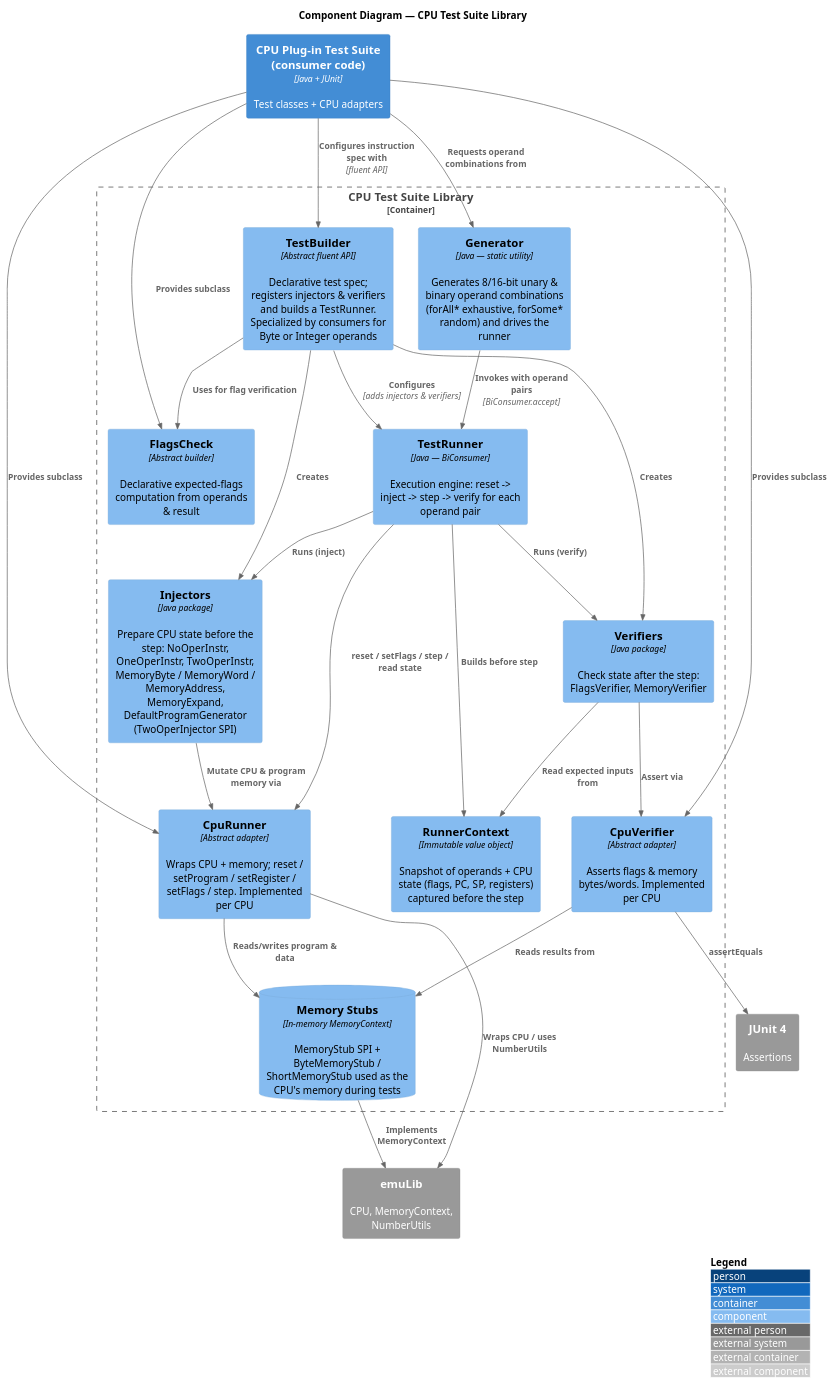
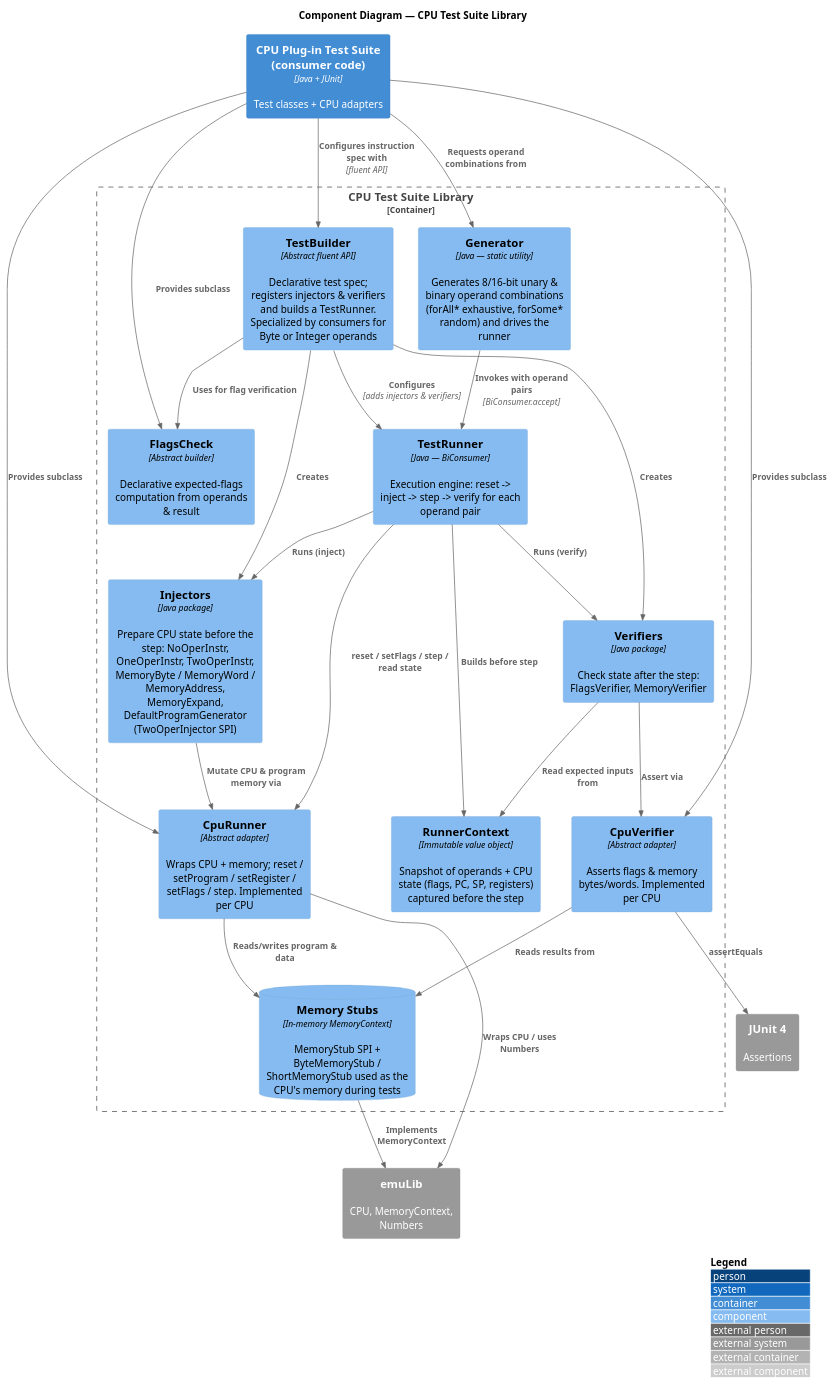
The diagram in docs/c4/03-component.adoc (emustudio/cpu-testsuite), drawn with PlantUML before and after one commit. The commit also changed 4 other files, not shown here.

Commit message:
[#472] Update Numbers utility references in CPU test documentation

```diff
--- a/docs/c4/03-component.adoc
+++ b/docs/c4/03-component.adoc
@@ -8,56 +8,56 @@
 [plantuml,c4-component,svg]
 ----
 @startuml
 !include <C4/C4_Component>
 LAYOUT_WITH_LEGEND()
 
 title Component Diagram — CPU Test Suite Library
 
 Container(tests, "CPU Plug-in Test Suite (consumer code)", "Java + JUnit", "Test classes + CPU adapters")
-System_Ext(emulib, "emuLib", "CPU, MemoryContext, NumberUtils")
+System_Ext(emulib, "emuLib", "CPU, MemoryContext, Numbers")
 System_Ext(junit, "JUnit 4", "Assertions")
 
 Container_Boundary(lib, "CPU Test Suite Library") {
 
     Component(generator, "Generator", "Java — static utility", "Generates 8/16-bit unary & binary operand combinations (forAll* exhaustive, forSome* random) and drives the runner")
     Component(builder, "TestBuilder", "Abstract fluent API", "Declarative test spec; registers injectors & verifiers and builds a TestRunner. Specialized by consumers for Byte or Integer operands")
     Component(runner, "TestRunner", "Java — BiConsumer", "Execution engine: reset -> inject -> step -> verify for each operand pair")
     Component(context, "RunnerContext", "Immutable value object", "Snapshot of operands + CPU state (flags, PC, SP, registers) captured before the step")
 
     Component(cpurunner, "CpuRunner", "Abstract adapter", "Wraps CPU + memory; reset / setProgram / setRegister / setFlags / step. Implemented per CPU")
     Component(cpuverifier, "CpuVerifier", "Abstract adapter", "Asserts flags & memory bytes/words. Implemented per CPU")
     Component(flagscheck, "FlagsCheck", "Abstract builder", "Declarative expected-flags computation from operands & result")
 
     Component(injectors, "Injectors", "Java package", "Prepare CPU state before the step: NoOperInstr, OneOperInstr, TwoOperInstr, MemoryByte / MemoryWord / MemoryAddress, MemoryExpand, DefaultProgramGenerator (TwoOperInjector SPI)")
     Component(verifiers, "Verifiers", "Java package", "Check state after the step: FlagsVerifier, MemoryVerifier")
     ComponentDb(memory, "Memory Stubs", "In-memory MemoryContext", "MemoryStub SPI + ByteMemoryStub / ShortMemoryStub used as the CPU's memory during tests")
 }
 
 Rel(tests, builder, "Configures instruction spec with", "fluent API")
 Rel(tests, generator, "Requests operand combinations from")
 Rel(tests, cpurunner, "Provides subclass")
 Rel(tests, cpuverifier, "Provides subclass")
 Rel(tests, flagscheck, "Provides subclass")
 
 Rel(generator, runner, "Invokes with operand pairs", "BiConsumer.accept")
 Rel(builder, runner, "Configures", "adds injectors & verifiers")
 Rel(builder, injectors, "Creates")
 Rel(builder, verifiers, "Creates")
 Rel(builder, flagscheck, "Uses for flag verification")
 
 Rel(runner, cpurunner, "reset / setFlags / step / read state")
 Rel(runner, context, "Builds before step")
 Rel(runner, injectors, "Runs (inject)")
 Rel(runner, verifiers, "Runs (verify)")
 
 Rel(injectors, cpurunner, "Mutate CPU & program memory via")
 Rel(verifiers, cpuverifier, "Assert via")
 Rel(verifiers, context, "Read expected inputs from")
 
 Rel(cpurunner, memory, "Reads/writes program & data")
 Rel(cpuverifier, memory, "Reads results from")
-Rel(cpurunner, emulib, "Wraps CPU / uses NumberUtils")
+Rel(cpurunner, emulib, "Wraps CPU / uses Numbers")
 Rel(memory, emulib, "Implements MemoryContext")
 Rel(cpuverifier, junit, "assertEquals")
 @enduml
 ----
```
